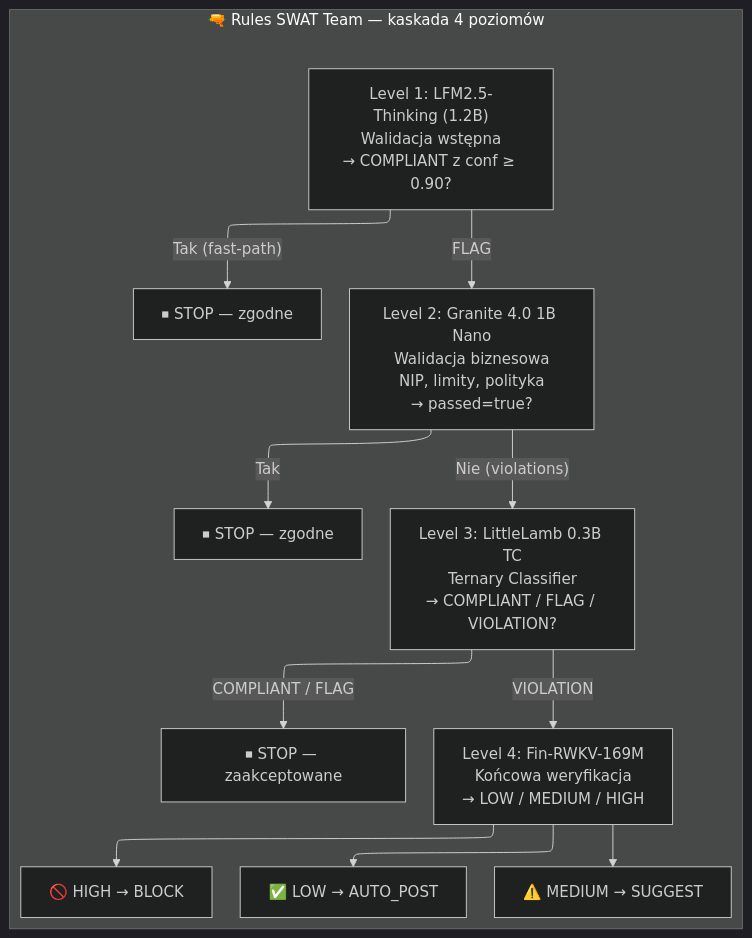
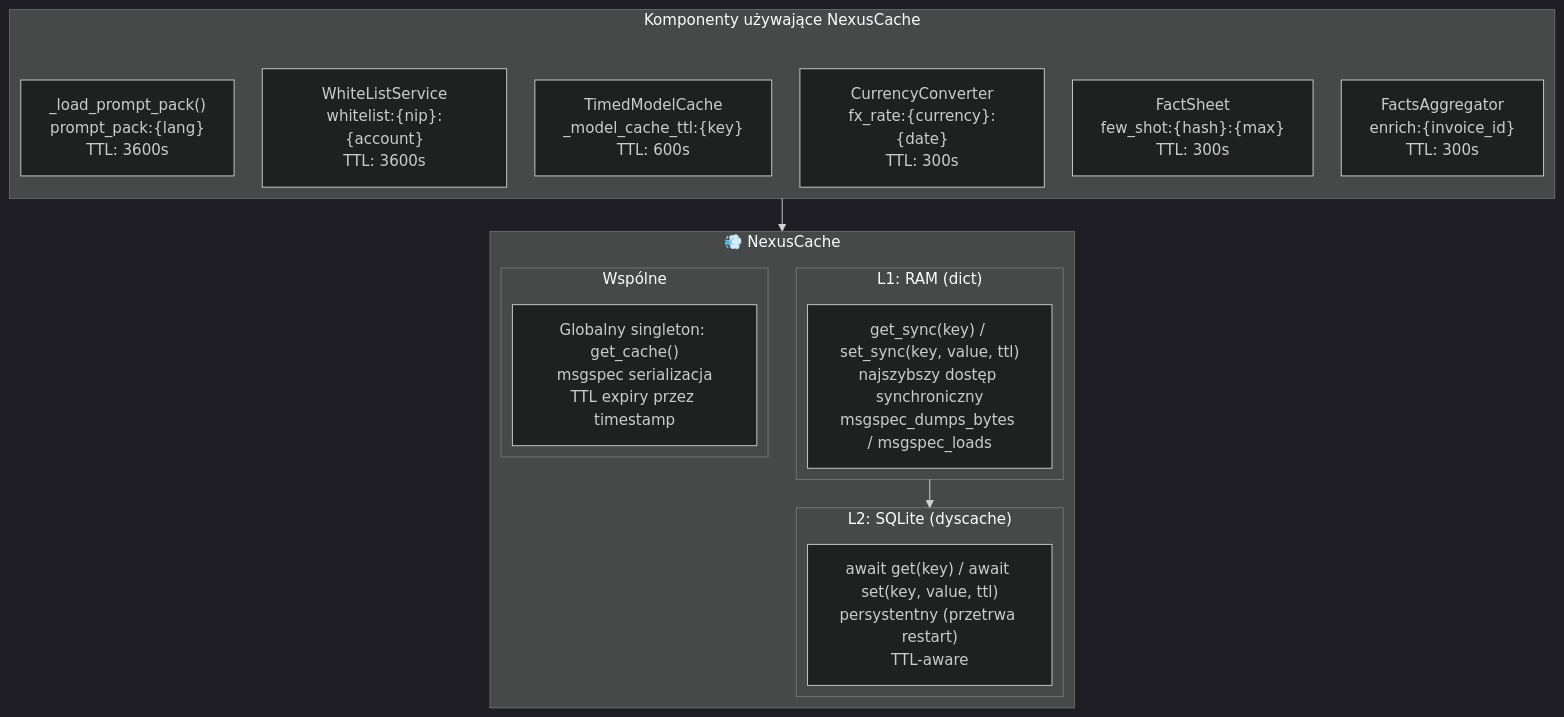
One commit to Gorski-Maciej/NexusAI changed the seventh of 10 diagrams in docs/ARCHITECTURE_DIAGRAM.md. Above: the diagram before and after it, drawn with Mermaid. The commit also changed other lines of this file and 74 other files, not shown here.

````diff
--- a/docs/ARCHITECTURE_DIAGRAM.md
+++ b/docs/ARCHITECTURE_DIAGRAM.md
@@ -323,24 +383,31 @@
 ```mermaid
 %%{init: {"flowchart": {"defaultRenderer": "elk"}, "theme": "dark"}}%%
 flowchart TB
-    subgraph SWAT["🔫 Rules SWAT Team — kaskada 4 poziomów"]
+    subgraph Cache["💨 NexusCache"]
         direction TB
+        
+        subgraph L1["L1: RAM (dict)"]
+            L1A["get_sync(key) / set_sync(key, value, ttl)\nnajszybszy dostęp synchroniczny\nmsgspec_dumps_bytes / msgspec_loads"]
+        end
 
-        L1["Level 1: LFM2.5-Thinking (1.2B)\nWalidacja wstępna\n→ COMPLIANT z conf ≥ 0.90?"]
-        L1 -->|"Tak (fast-path)"| STOP1["⏹ STOP — zgodne"]
-        L1 -->|"FLAG"| L2
+        subgraph L2["L2: SQLite (dyscache)"]
+            L2A["await get(key) / await set(key, value, ttl)\npersystentny (przetrwa restart)\nTTL-aware"]
+        end
 
-        L2["Level 2: Granite 4.0 1B Nano\nWalidacja biznesowa\nNIP, limity, polityka\n→ passed=true?"]
-        L2 -->|"Tak"| STOP2["⏹ STOP — zgodne"]
-        L2 -->|"Nie (violations)"| L3
+        subgraph Shared["Wspólne"]
+            S1["Globalny singleton: get_cache()\nmsgspec serializacja\nTTL expiry przez timestamp"]
+        end
+    end
 
-        L3["Level 3: LittleLamb 0.3B TC\nTernary Classifier\n→ COMPLIANT / FLAG / VIOLATION?"]
-        L3 -->|"COMPLIANT / FLAG"| STOP3["⏹ STOP — zaakceptowane"]
-        L3 -->|"VIOLATION"| L4
+    subgraph Users["Komponenty używające NexusCache"]
+        U1["WhiteListService\nwhitelist:{nip}:{account}\nTTL: 3600s"]
+        U2["CurrencyConverter\nfx_rate:{currency}:{date}\nTTL: 300s"]
+        U3["_load_prompt_pack()\nprompt_pack:{lang}\nTTL: 3600s"]
+        U4["FactSheet\nfew_shot:{hash}:{max}\nTTL: 300s"]
+        U5["FactsAggregator\nenrich:{invoice_id}\nTTL: 300s"]
+        U6["TimedModelCache\n_model_cache_ttl:{key}\nTTL: 600s"]
+    end
 
-        L4["Level 4: Fin-RWKV-169M\nKońcowa weryfikacja\n→ LOW / MEDIUM / HIGH"]
-        L4 --> LOW["✅ LOW → AUTO_POST"]
-        L4 --> MED["⚠️ MEDIUM → SUGGEST"]
-        L4 --> HIGH["🚫 HIGH → BLOCK"]
-    end
+    Users --> Cache
+    L1 --> L2
 ```
````
